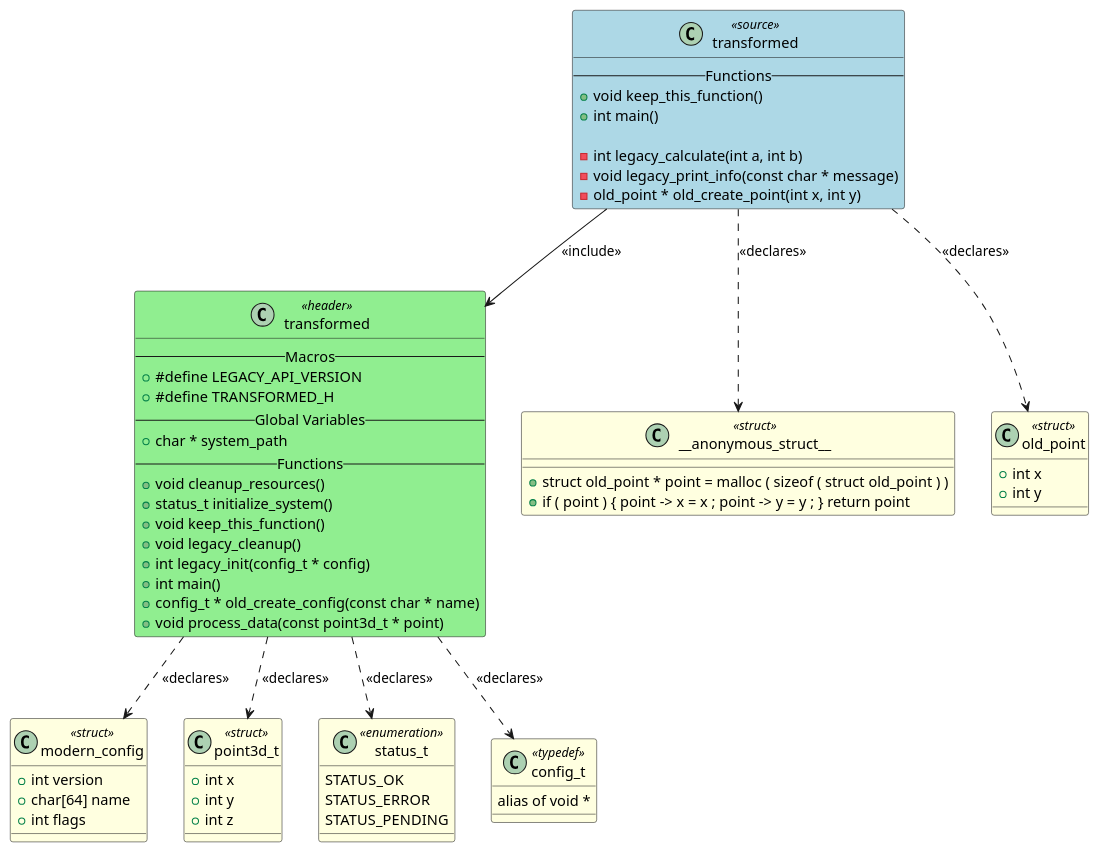
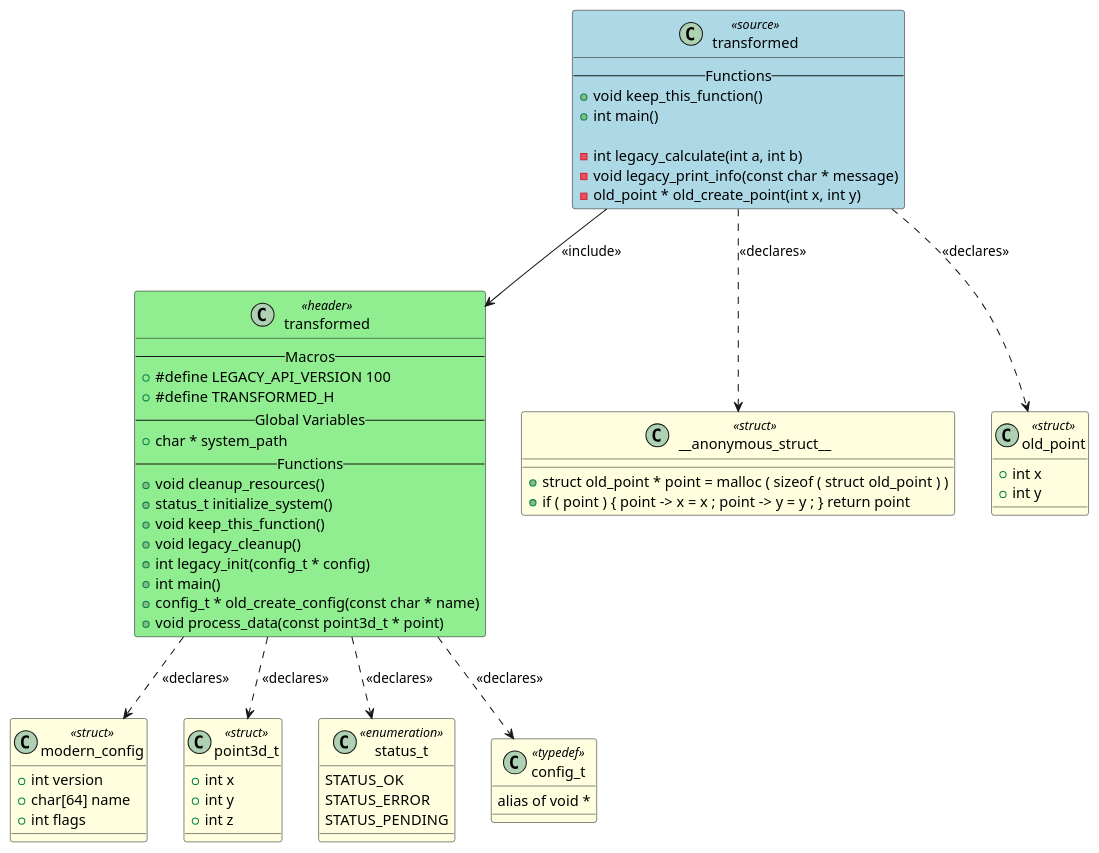
Before and after one commit to fischerjooo/c2puml: the diagram in artifacts/output_example/transformed.puml, drawn with PlantUML. The commit also changed 37 other files, not shown here.

```diff
--- a/artifacts/output_example/transformed.puml
+++ b/artifacts/output_example/transformed.puml
@@ -1,84 +1,84 @@
 @startuml transformed
 
 class "transformed" as TRANSFORMED <<source>> #LightBlue
 {
     -- Functions --
     + void keep_this_function()
     + int main()
 
     - int legacy_calculate(int a, int b)
     - void legacy_print_info(const char * message)
     - old_point * old_create_point(int x, int y)
 }
 
 class "transformed" as HEADER_TRANSFORMED <<header>> #LightGreen
 {
     -- Macros --
-    + #define LEGACY_API_VERSION
+    + #define LEGACY_API_VERSION 100
     + #define TRANSFORMED_H
     -- Global Variables --
     + char * system_path
     -- Functions --
     + void cleanup_resources()
     + status_t initialize_system()
     + void keep_this_function()
     + void legacy_cleanup()
     + int legacy_init(config_t * config)
     + int main()
     + config_t * old_create_config(const char * name)
     + void process_data(const point3d_t * point)
 }
 
 class "__anonymous_struct__" as TYPEDEF___ANONYMOUS_STRUCT__ <<struct>> #LightYellow
 {
     + struct old_point * point = malloc ( sizeof ( struct old_point ) )
     + if ( point ) { point -> x = x ; point -> y = y ; } return point
 }
 
 class "old_point" as TYPEDEF_OLD_POINT <<struct>> #LightYellow
 {
     + int x
     + int y
 }
 
 class "modern_config" as TYPEDEF_MODERN_CONFIG <<struct>> #LightYellow
 {
     + int version
     + char[64] name
     + int flags
 }
 
 class "point3d_t" as TYPEDEF_POINT3D_T <<struct>> #LightYellow
 {
     + int x
     + int y
     + int z
 }
 
 class "status_t" as TYPEDEF_STATUS_T <<enumeration>> #LightYellow
 {
     STATUS_OK
     STATUS_ERROR
     STATUS_PENDING
 }
 
 class "config_t" as TYPEDEF_CONFIG_T <<typedef>> #LightYellow
 {
     alias of void *
 }
 
 
 ' Include relationships
 TRANSFORMED --> HEADER_TRANSFORMED : <<include>>
 
 ' Declaration relationships
 TRANSFORMED ..> TYPEDEF___ANONYMOUS_STRUCT__ : <<declares>>
 TRANSFORMED ..> TYPEDEF_OLD_POINT : <<declares>>
 HEADER_TRANSFORMED ..> TYPEDEF_MODERN_CONFIG : <<declares>>
 HEADER_TRANSFORMED ..> TYPEDEF_POINT3D_T : <<declares>>
 HEADER_TRANSFORMED ..> TYPEDEF_STATUS_T : <<declares>>
 HEADER_TRANSFORMED ..> TYPEDEF_CONFIG_T : <<declares>>
 
 ' Uses relationships
 
 @enduml
```
